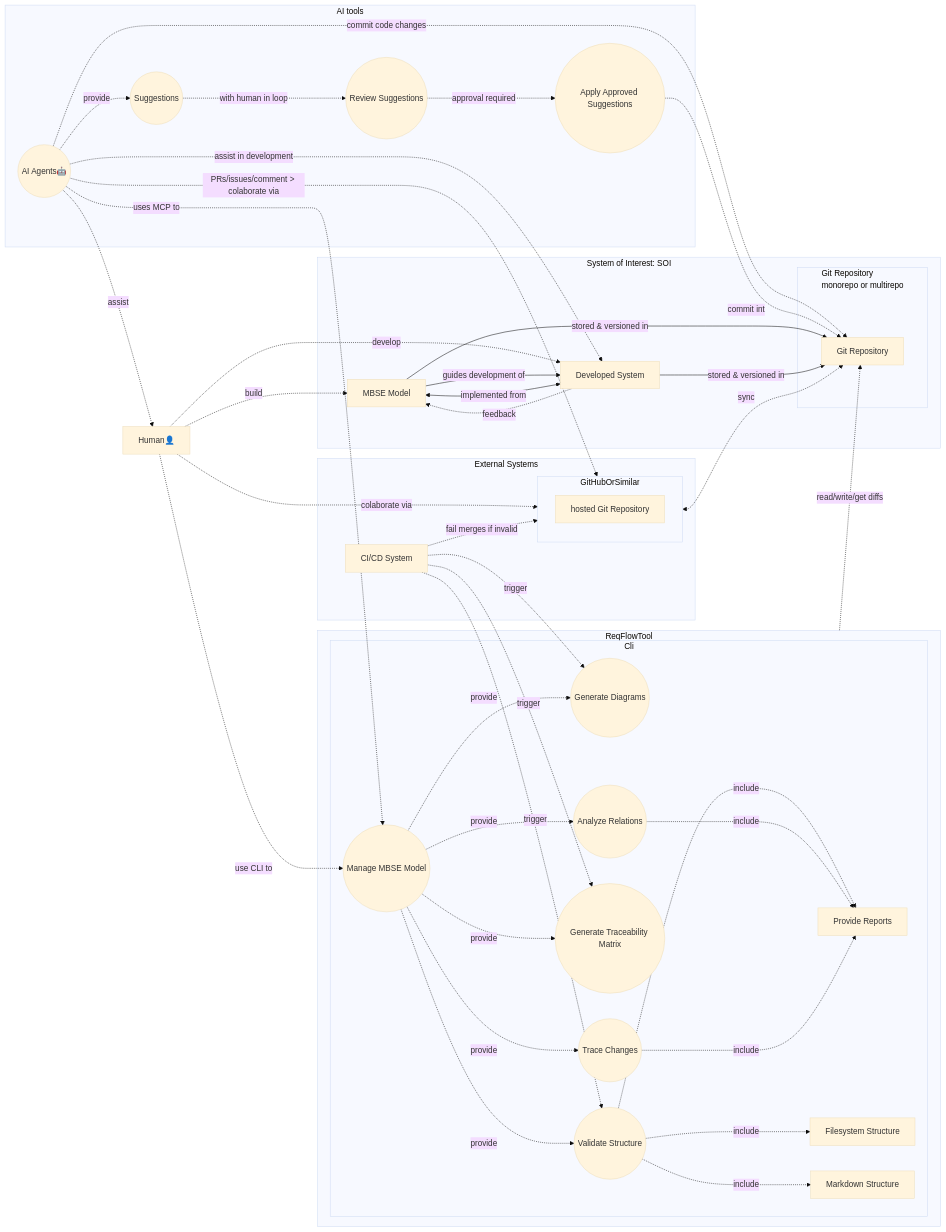
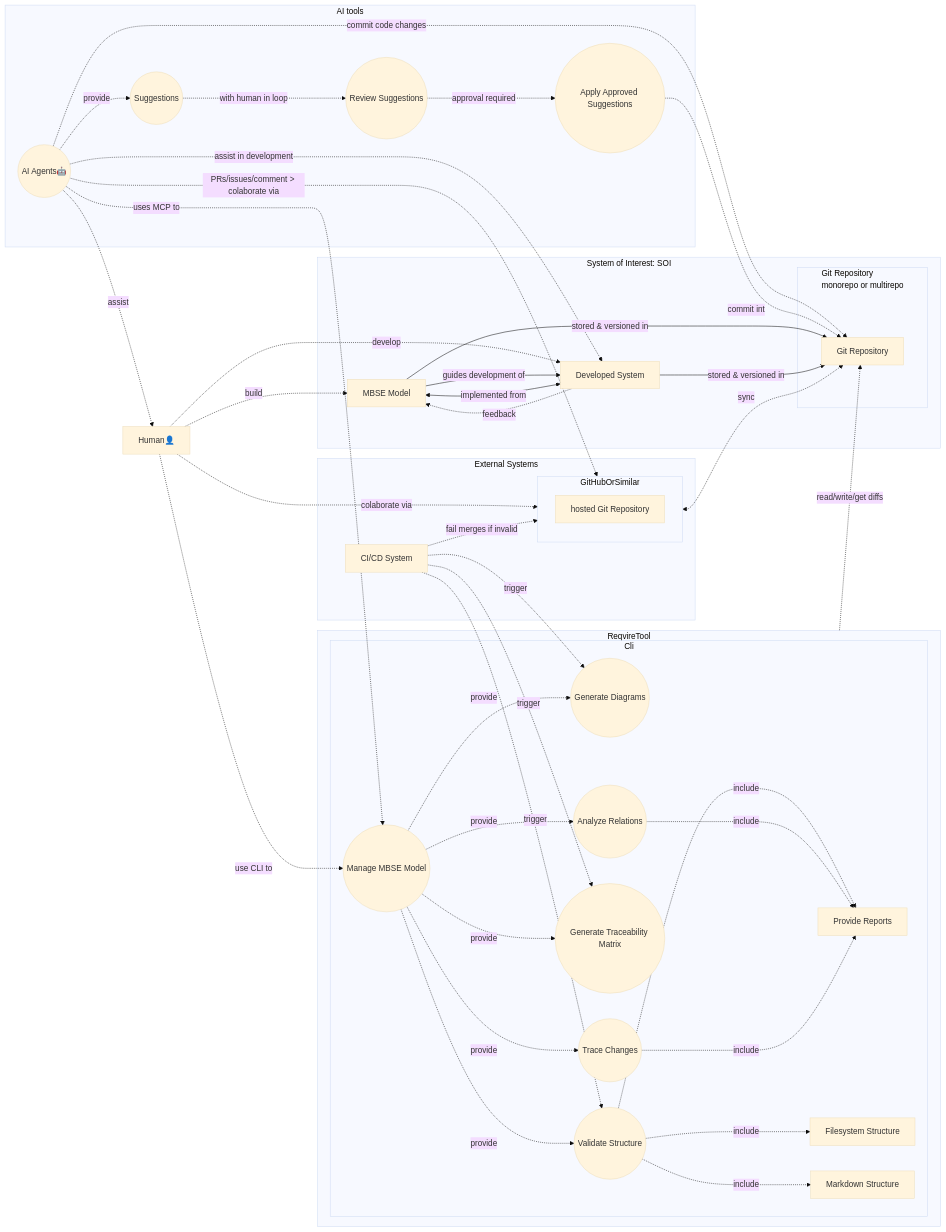
The diagram in specifications/Usecases.md (reqvire-org/reqvire), drawn with Mermaid (base theme) before and after one commit. The commit also changed other lines of this file and 160 other files, not shown here.

````diff
--- a/specifications/Usecases.md
+++ b/specifications/Usecases.md
@@ -11,6 +11,6 @@
 ```mermaid
 flowchart LR
-    subgraph "ReqFlowTool"
+    subgraph "ReqvireTool"
         subgraph "Cli"
             manageModel((Manage MBSE Model))
             generateDiagrams((Generate Diagrams))
@@ -57,7 +57,7 @@
 
     human -. colaborate via .-> GitHubOrSimilar
 
-    ReqFlowTool -. read/write/get diffs .-> gitRepository
+    ReqvireTool -. read/write/get diffs .-> gitRepository
     aiAgents -. PRs/issues/comment > colaborate via .-> GitHubOrSimilar
  
     manageModel -. provide .-> validateStructure
@@ -96,7 +96,7 @@
     developedSystem <-- implemented from --> model
     model -- guides development of --> developedSystem
 
-    %% ReqFlow Interactions with SOI
+    %% Reqvire Interactions with SOI
     handleDiffs -. include .-> reports    
 
     %% SOI Feedback Loop
````
